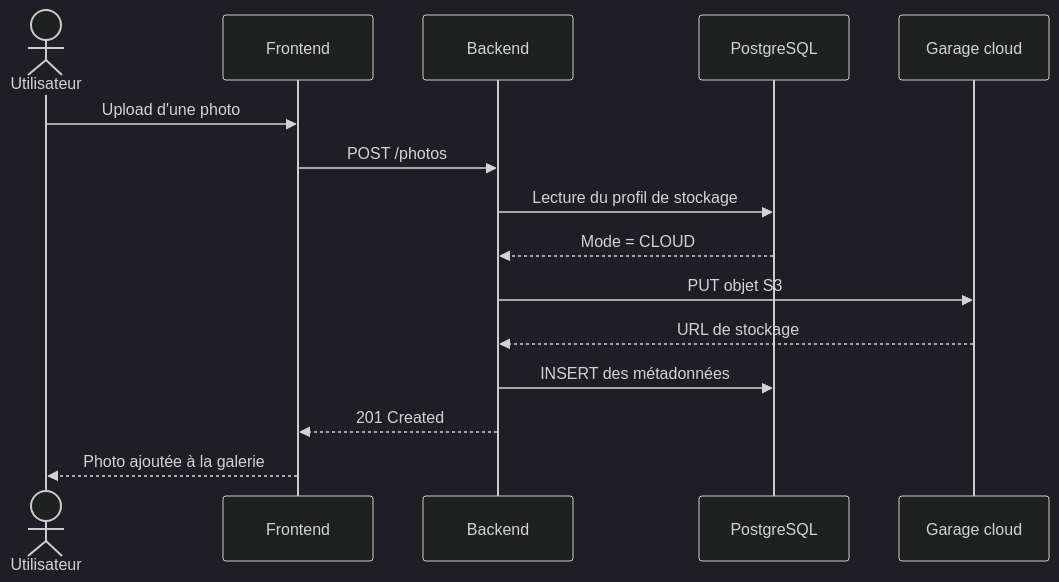
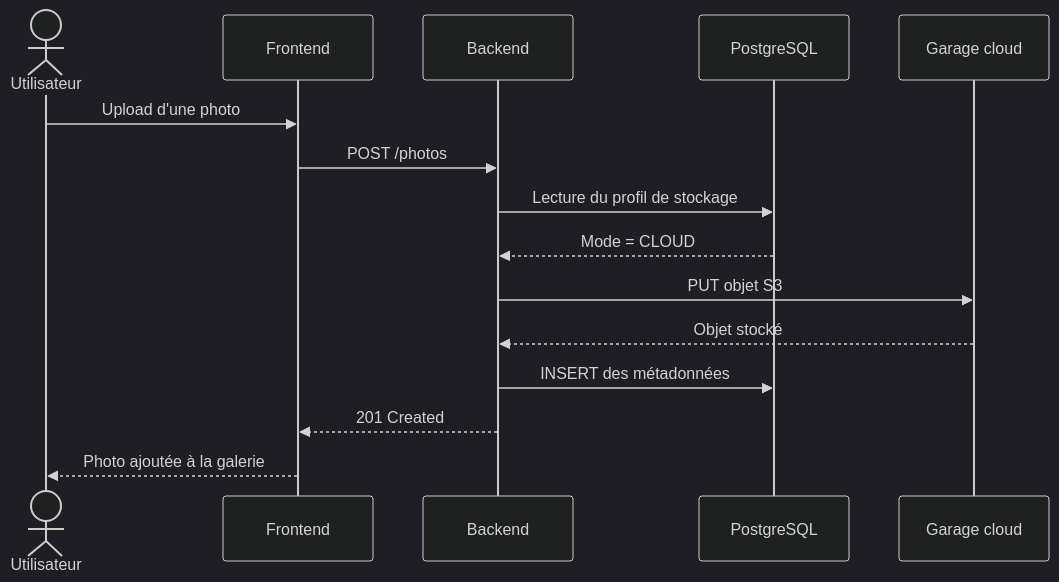
Before and after one commit to BOINAR/sovlens: the first of 5 diagrams in documentation/architecture/sequence-diagram.md, drawn with Mermaid. The commit also changed other lines of this file and 4 other files, not shown here.

````diff
--- a/documentation/architecture/sequence-diagram.md
+++ b/documentation/architecture/sequence-diagram.md
@@ -20,19 +21,19 @@
 ```mermaid
 %%{init: {'theme': 'dark', 'themeVariables': {'fontSize': '16px'}}}%%
 sequenceDiagram
   actor U as Utilisateur
   participant F as Frontend
   participant B as Backend
   participant DB as PostgreSQL
   participant GC as Garage cloud
 
   U->>F: Upload d'une photo
   F->>B: POST /photos
   B->>DB: Lecture du profil de stockage
   DB-->>B: Mode = CLOUD
   B->>GC: PUT objet S3
-  GC-->>B: URL de stockage
+  GC-->>B: Objet stocké
   B->>DB: INSERT des métadonnées
   B-->>F: 201 Created
   F-->>U: Photo ajoutée à la galerie
 ```
````
